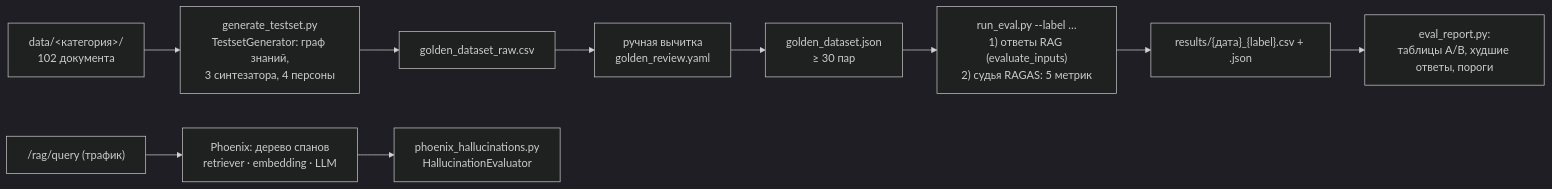
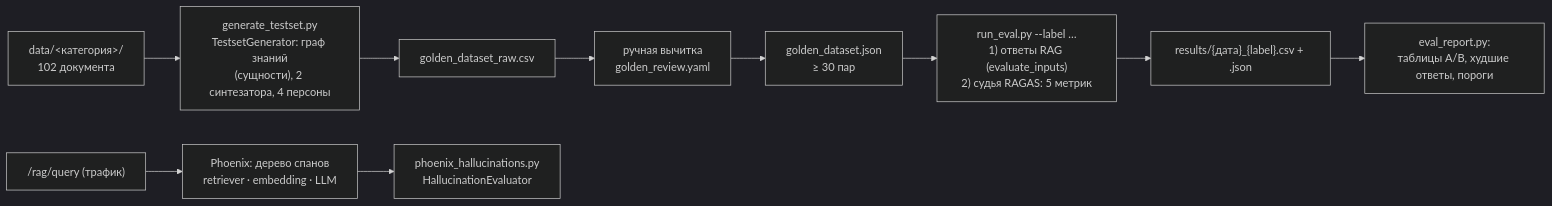
Before and after one commit to AlexBuQA/multapi: the diagram in docs/rag_evaluation.md, drawn with Mermaid (dark theme). The commit also changed other lines of this file and 5 other files, not shown here.

````diff
--- a/docs/rag_evaluation.md
+++ b/docs/rag_evaluation.md
@@ -7,8 +7,8 @@
 ```mermaid
 flowchart LR
-    D["data/&lt;категория&gt;/<br/>102 документа"] --> G["generate_testset.py<br/>TestsetGenerator: граф знаний,<br/>3 синтезатора, 4 персоны"]
+    D["data/&lt;категория&gt;/<br/>102 документа"] --> G["generate_testset.py<br/>TestsetGenerator: граф знаний<br/>(сущности), 2 синтезатора, 4 персоны"]
     G --> RAW["golden_dataset_raw.csv"] --> REV["ручная вычитка<br/>golden_review.yaml"] --> GD["golden_dataset.json<br/>≥ 30 пар"]
     GD --> E["run_eval.py --label …<br/>1) ответы RAG (evaluate_inputs)<br/>2) судья RAGAS: 5 метрик"]
     E --> CSV["results/{дата}_{label}.csv + .json"] --> REP["eval_report.py:<br/>таблицы A/B, худшие ответы, пороги"]
     S["/rag/query (трафик)"] --> PX["Phoenix: дерево спанов<br/>retriever · embedding · LLM"] --> H["phoenix_hallucinations.py<br/>HallucinationEvaluator"]
 ```
````
